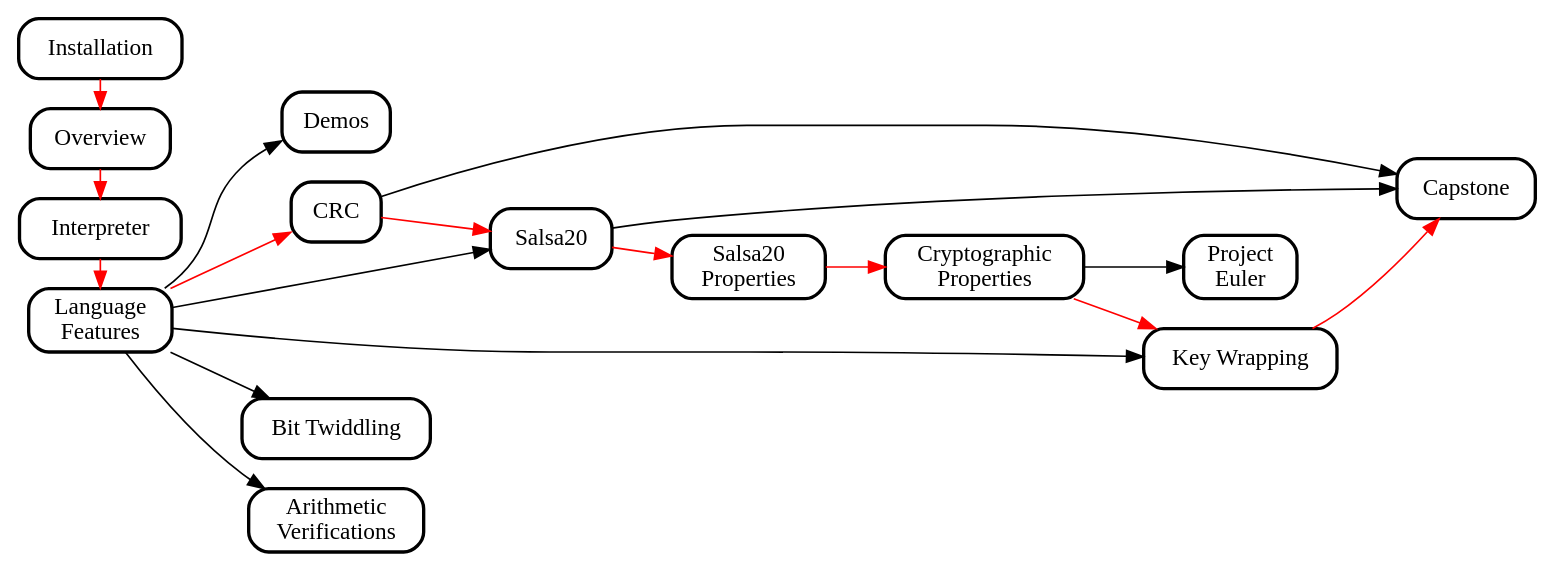
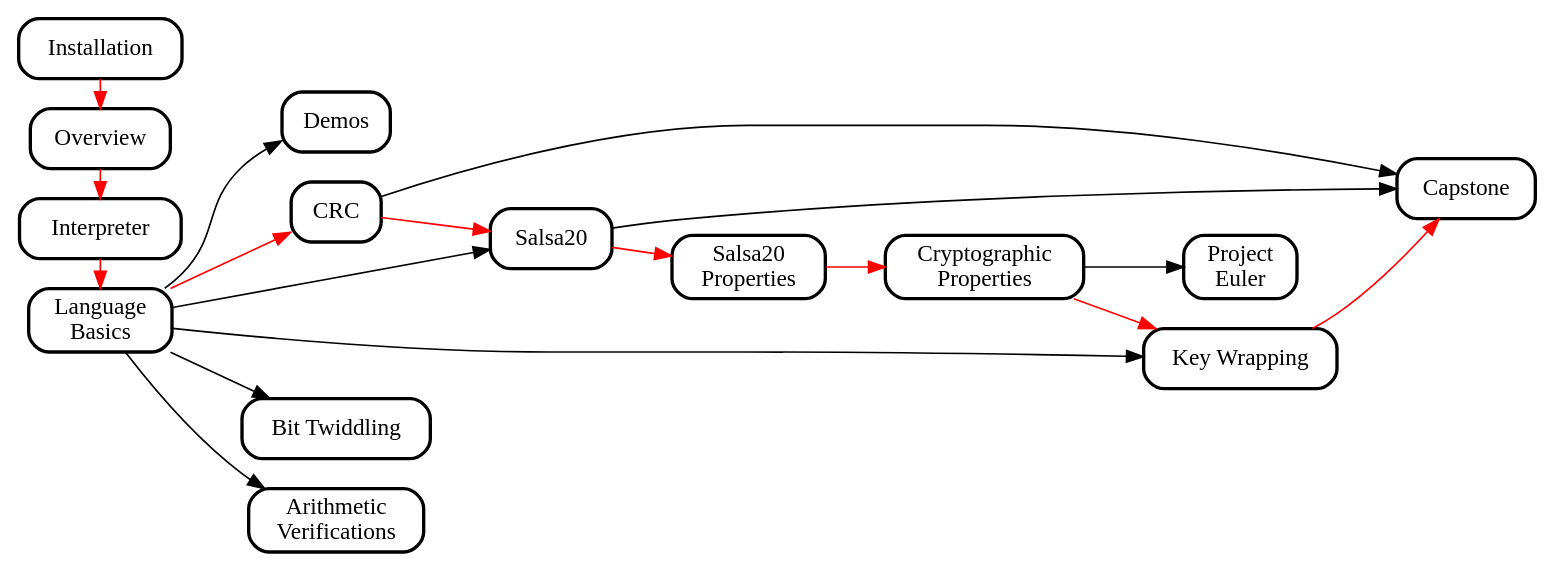
The diagram in misc/deps.gv (weaversa/cryptol-course), drawn with Graphviz before and after one commit. The commit also changed 1 other file, not shown here.

```diff
--- a/misc/deps.gv
+++ b/misc/deps.gv
@@ -1,71 +1,71 @@
 digraph G {
   //splines = ortho;
   //concentrate = true;
 
   rankdir="LR";
 
   node [shape="box", style="rounded", penwidth = 2];
   edge [penwidth = 1];
 
   {
     rank = same;
     Installation;
     Overview;
     Interpreter;
-    LanguageFeatures;
+    LanguageBasics;
 //    Demos;
   }
 
   Installation [URL="https://github.com/weaversa/cryptol-course/blob/master/INSTALL.md"];
   Overview [URL="https://github.com/weaversa/cryptol-course/blob/master/labs/Overview/Overview.md"];
   Interpreter [URL="https://github.com/weaversa/cryptol-course/blob/master/labs/Interpreter/Interpreter.md"];
-  LanguageFeatures [URL="https://github.com/weaversa/cryptol-course/blob/master/labs/LanguageFeatures/LanguageFeatures.md"];
+  LanguageBasics [URL="https://github.com/weaversa/cryptol-course/blob/master/labs/LanguageBasics/LanguageBasics.md"];
   Demos [URL="https://github.com/weaversa/cryptol-course/blob/master/labs/Demos/Demos.md"];
   CRC [URL="https://github.com/weaversa/cryptol-course/blob/master/labs/CRC/CRC.md"];
   Salsa20 [URL="https://github.com/weaversa/cryptol-course/blob/master/labs/Salsa20/Salsa20.md"];
-  Salsa20Properties [URL="https://github.com/weaversa/cryptol-course/blob/master/labs/Salsa20/Salsa20Properties.md"];
-  CryptographicProperties [URL="https://github.com/weaversa/cryptol-course/blob/master/labs/CryptographicProperties/CryptographicProperties.md"];
+  Salsa20Properties [URL="https://github.com/weaversa/cryptol-course/blob/master/labs/Salsa20/Salsa20Props.md"];
+  CryptographicProperties [URL="https://github.com/weaversa/cryptol-course/blob/master/labs/CryptoProofs/CryptoProofs.md"];
   KeyWrapping [URL="https://github.com/weaversa/cryptol-course/blob/master/labs/KeyWrapping/KeyWrapping.md"];
   Capstone [URL="https://github.com/weaversa/cryptol-course/blob/master/labs/LoremIpsum/LoremIpsum.md"];
   ProjectEuler [URL="https://github.com/weaversa/cryptol-course/blob/master/labs/ProjectEuler/ProjectEuler.md"];
   BitTwiddling [URL="https://github.com/weaversa/cryptol-course/blob/master/labs/saw/bittwiddling/bittwiddling.md"];
   ArithmeticVerifications [URL="https://github.com/weaversa/cryptol-course/blob/master/labs/saw/ArithmeticVerifications/ArithmeticVerifications.md"];
 
   // Fixing up node labels for ones that need a space
-  LanguageFeatures        [label="Language\nFeatures"];
+  LanguageBasics        [label="Language\nBasics"];
   Salsa20Properties       [label="Salsa20\nProperties"];
   CryptographicProperties [label="Cryptographic\nProperties"];
   KeyWrapping             [label="Key Wrapping"];
   ProjectEuler            [label="Project\nEuler"];
   BitTwiddling            [label="Bit Twiddling"];
   ArithmeticVerifications [label="Arithmetic\nVerifications"]
   
   // The Suggested Flow with Red Arrows
   edge [color=red];
   Installation -> Overview;
   Overview -> Interpreter;
-  Interpreter -> LanguageFeatures;  
-  LanguageFeatures -> CRC;
+  Interpreter -> LanguageBasics;  
+  LanguageBasics -> CRC;
   CRC -> Salsa20;
   Salsa20 -> Salsa20Properties;
   Salsa20Properties -> CryptographicProperties; 
   CryptographicProperties -> KeyWrapping; 
   KeyWrapping -> Capstone; 
     
   // Logical Dependencies with Black Arrows
   edge [color=black];
   CryptographicProperties -> ProjectEuler;
   CRC -> Capstone;
-  LanguageFeatures -> Salsa20;
-  LanguageFeatures -> KeyWrapping;
-  LanguageFeatures -> Demos;
+  LanguageBasics -> Salsa20;
+  LanguageBasics -> KeyWrapping;
+  LanguageBasics -> Demos;
   Salsa20 -> Capstone;
-  LanguageFeatures -> BitTwiddling;
-  LanguageFeatures -> ArithmeticVerifications;
+  LanguageBasics -> BitTwiddling;
+  LanguageBasics -> ArithmeticVerifications;
 
 //  ArithmeticVerifications -> Demos;
 //  Demos -> ArithmeticVerifications;
 
 //  BitTwiddling -> Demos;
 //  Demos -> BitTwiddling;
 }
```
